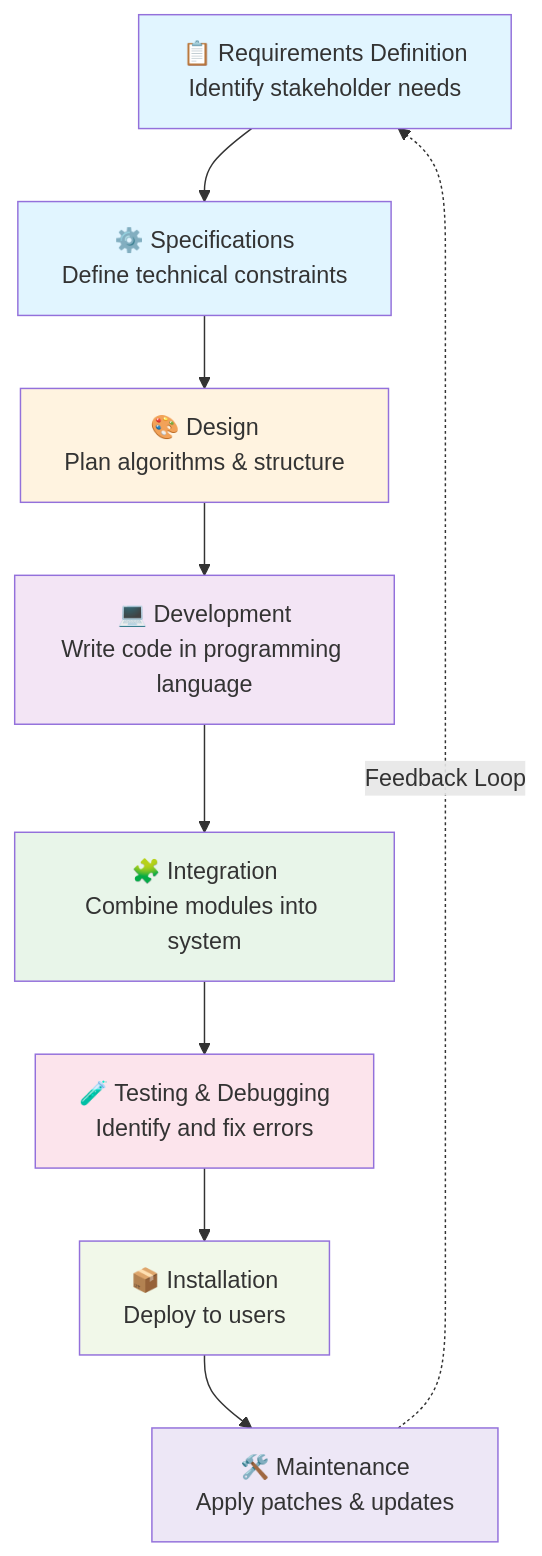
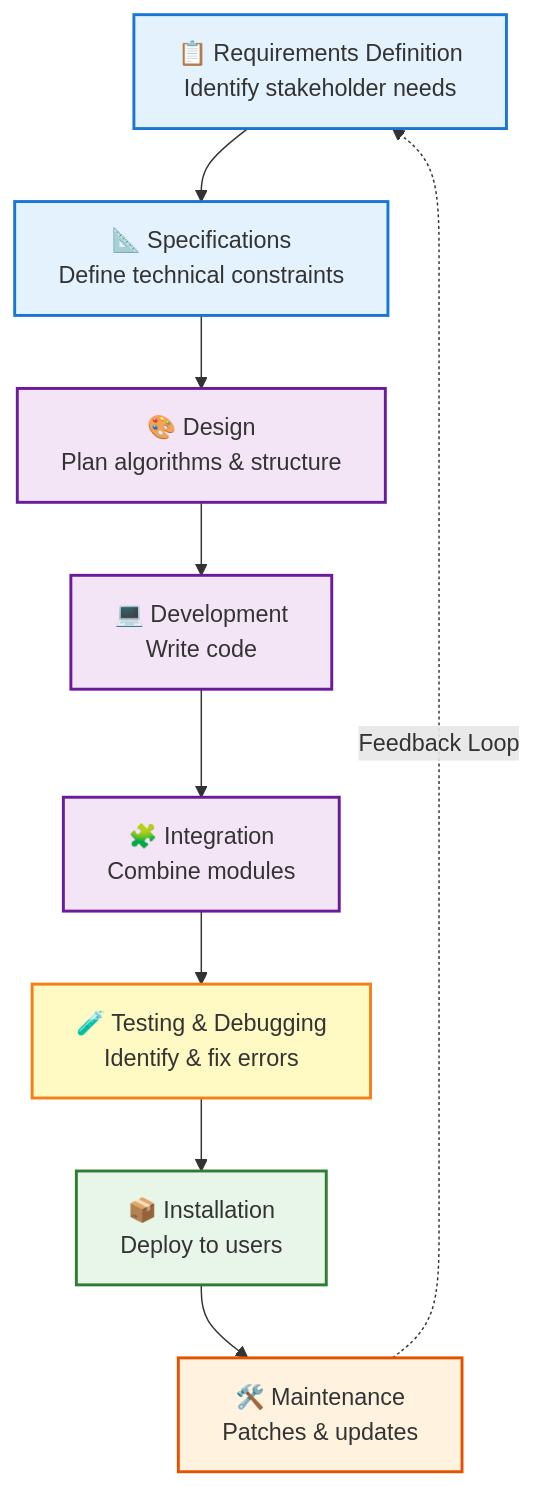
Before and after one commit to 4BZDOG/HSC_SoftwareEngineering: the diagram in diagrams/source-code/flowcharts/sdlc-overview.mmd, drawn with Mermaid. The commit also changed 14 other files, not shown here.

First line of the commit message:
refactor(diagrams): unify course diagrams with shared design system

```diff
--- a/diagrams/source-code/flowcharts/sdlc-overview.mmd
+++ b/diagrams/source-code/flowcharts/sdlc-overview.mmd
@@ -1,18 +1,26 @@
+%% Software Development Life Cycle — 8 phase overview with feedback loop
+%% Syllabus: SE-11-01
 flowchart TD
-    A["📋 Requirements Definition<br/>Identify stakeholder needs"] --> B["⚙️ Specifications<br/>Define technical constraints"]
-    B --> C["🎨 Design<br/>Plan algorithms & structure"]
-    C --> D["💻 Development<br/>Write code in programming language"]
-    D --> E["🧩 Integration<br/>Combine modules into system"]
-    E --> F["🧪 Testing & Debugging<br/>Identify and fix errors"]
-    F --> G["📦 Installation<br/>Deploy to users"]
-    G --> H["🛠️ Maintenance<br/>Apply patches & updates"]
-    H -.->|Feedback Loop| A
+    A["📋 Requirements Definition<br/>Identify stakeholder needs"]
+    B["📐 Specifications<br/>Define technical constraints"]
+    C["🎨 Design<br/>Plan algorithms & structure"]
+    D["💻 Development<br/>Write code"]
+    E["🧩 Integration<br/>Combine modules"]
+    F["🧪 Testing & Debugging<br/>Identify & fix errors"]
+    G["📦 Installation<br/>Deploy to users"]
+    H["🛠️ Maintenance<br/>Patches & updates"]
 
-    style A fill:#e1f5ff
-    style B fill:#e1f5ff
-    style C fill:#fff3e0
-    style D fill:#f3e5f5
-    style E fill:#e8f5e9
-    style F fill:#fce4ec
-    style G fill:#f1f8e9
-    style H fill:#ede7f6
+    A --> B --> C --> D --> E --> F --> G --> H
+    H -. Feedback Loop .-> A
+
+    classDef plan    fill:#e3f2fd,stroke:#1976D2,stroke-width:2px
+    classDef build   fill:#f3e5f5,stroke:#6A1B9A,stroke-width:2px
+    classDef verify  fill:#fff9c4,stroke:#F57F17,stroke-width:2px
+    classDef release fill:#e8f5e9,stroke:#2E7D32,stroke-width:2px
+    classDef support fill:#fff3e0,stroke:#E65100,stroke-width:2px
+
+    class A,B plan
+    class C,D,E build
+    class F verify
+    class G release
+    class H support
```
